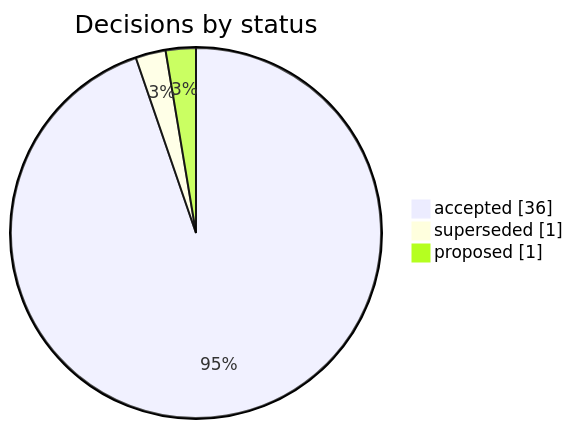
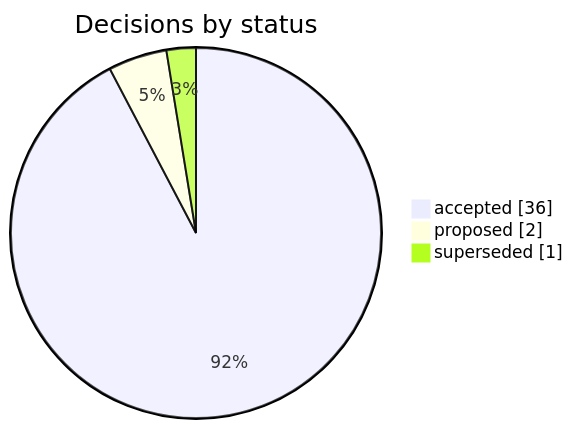
Before and after one commit to korczis/OpenTTD: the diagram in .ai/repo/adrs/README.md, drawn with Mermaid. The commit also changed other lines of this file and 17 other files, not shown here.

````diff
--- a/.ai/repo/adrs/README.md
+++ b/.ai/repo/adrs/README.md
@@ -29,7 +29,7 @@
 ```mermaid
 pie showData title Decisions by status
-    %% links: README.md?col=Status&filter=accepted#index | README.md?col=Status&filter=superseded#index | README.md?col=Status&filter=proposed#index
+    %% links: README.md?col=Status&filter=accepted#index | README.md?col=Status&filter=proposed#index | README.md?col=Status&filter=superseded#index
     "accepted" : 36
+    "proposed" : 2
     "superseded" : 1
-    "proposed" : 1
 ```
````
